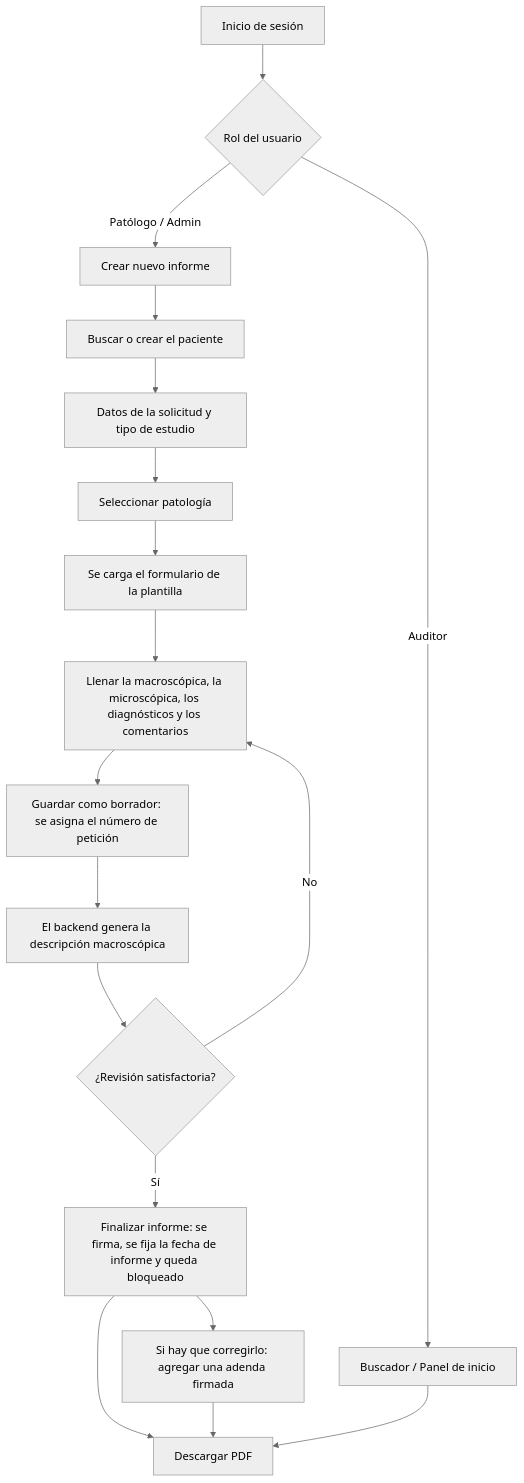
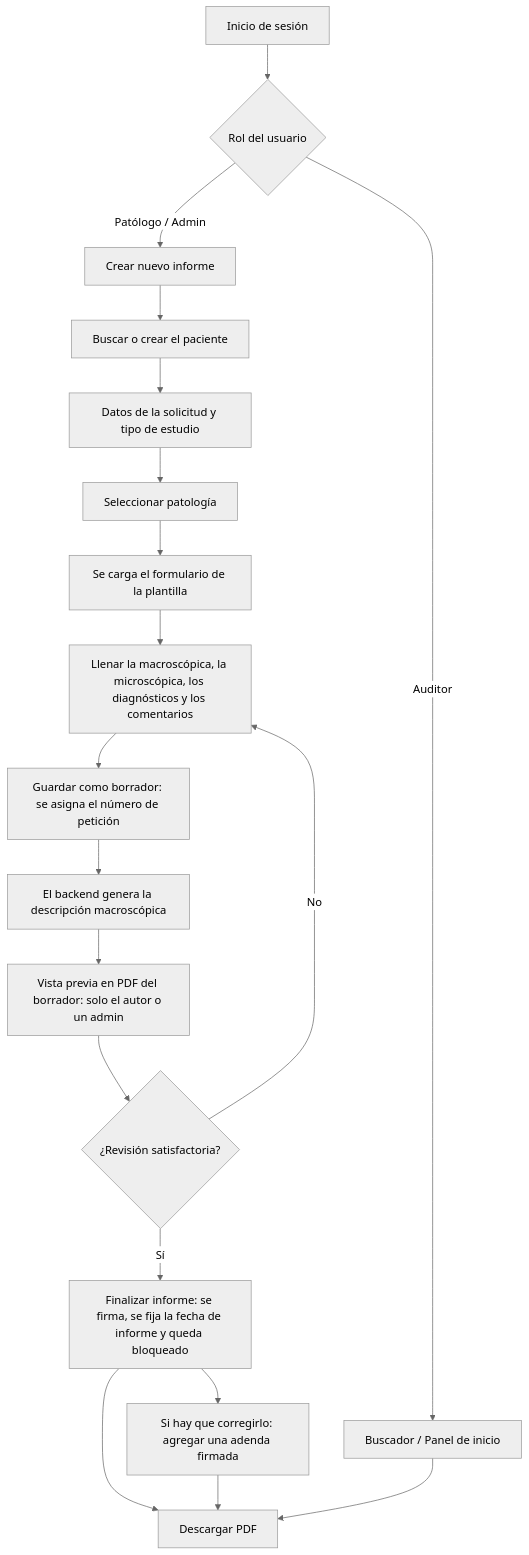
The diagram in README.md (juansalamanca01-glitch/patologia-app), drawn with Mermaid (neutral theme) before and after one commit. The commit also changed other lines of this file and 8 other files, not shown here.

````diff
--- a/README.md
+++ b/README.md
@@ -500,20 +506,21 @@
 ```mermaid
 graph TD
     A[Inicio de sesión] --> B{Rol del usuario}
     B -->|Patólogo / Admin| C[Crear nuevo informe]
     B -->|Auditor| D[Buscador / Panel de inicio]
     C --> P[Buscar o crear el paciente]
     P --> S[Datos de la solicitud y tipo de estudio]
     S --> E[Seleccionar patología]
     E --> F[Se carga el formulario de la plantilla]
     F --> G[Llenar la macroscópica, la microscópica, los diagnósticos y los comentarios]
     G --> H[Guardar como borrador: se asigna el número de petición]
     H --> I[El backend genera la descripción macroscópica]
-    I --> J{¿Revisión satisfactoria?}
+    I --> V[Vista previa en PDF del borrador: solo el autor o un admin]
+    V --> J{¿Revisión satisfactoria?}
     J -->|No| G
     J -->|Sí| K[Finalizar informe: se firma, se fija la fecha de informe y queda bloqueado]
     K --> L[Descargar PDF]
     K --> M[Si hay que corregirlo: agregar una adenda firmada]
     M --> L
     D --> L
 ```
````
